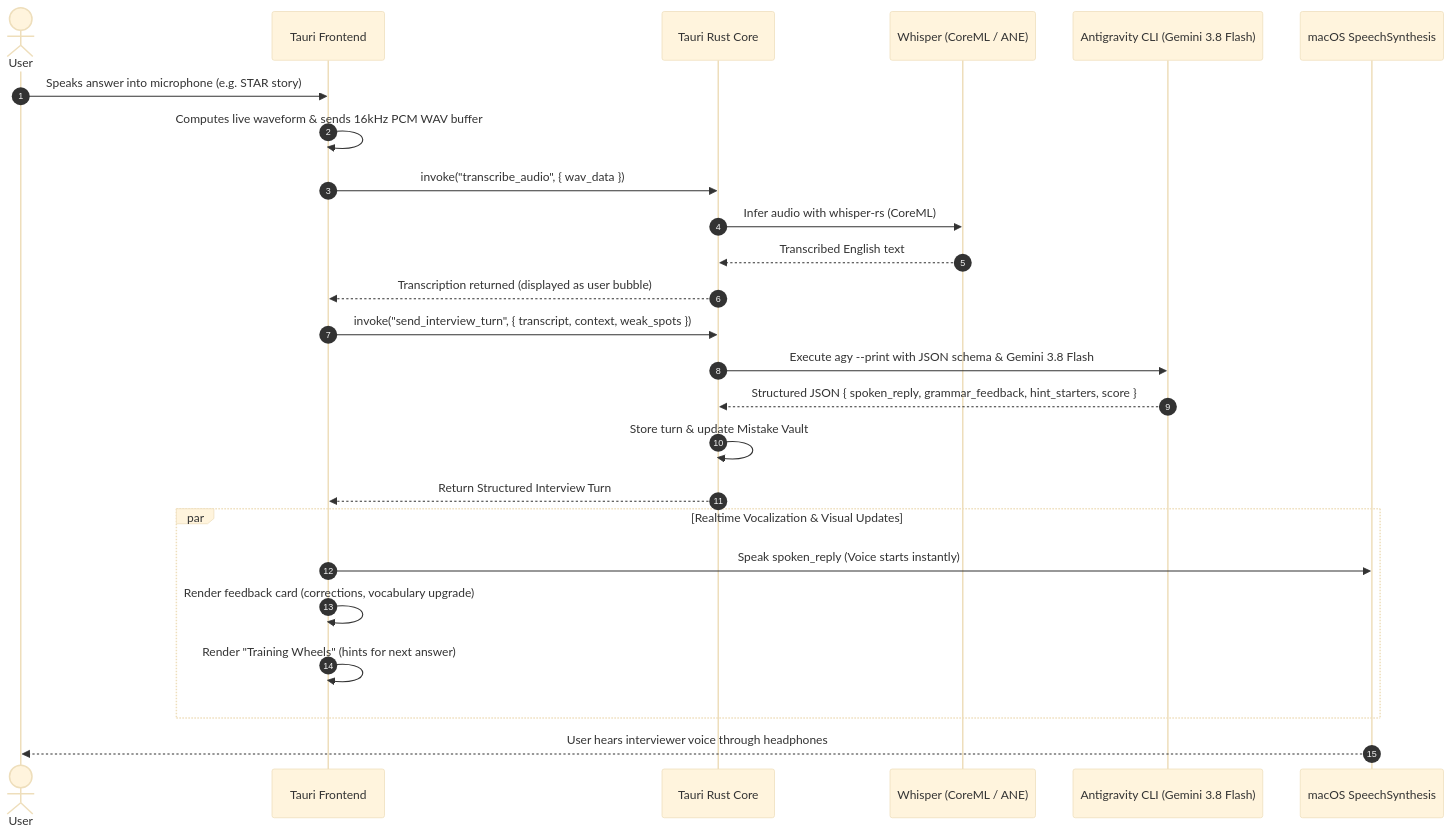
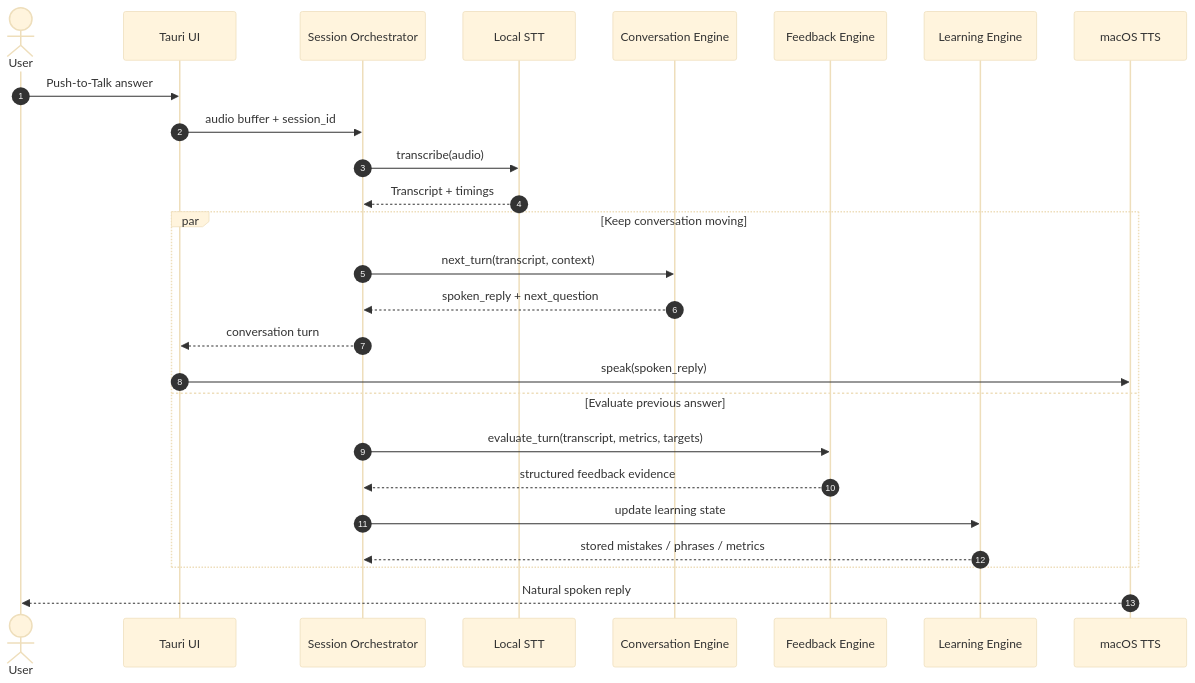
One commit to oleksii-latyshev/english-trainer changed the first of 3 diagrams in docs/ARCHITECTURE.md. Above: the diagram before and after it, drawn with Mermaid (base theme). The commit also changed other lines of this file and 4 other files, not shown here.

First line of the commit message:
docs: update development roadmap and technical requirements for English Trainer

````diff
--- a/docs/ARCHITECTURE.md
+++ b/docs/ARCHITECTURE.md
@@ -64,30 +275,31 @@
 ```mermaid
 sequenceDiagram
     autonumber
     actor User
-    participant UI as Tauri Frontend
-    participant Rust as Tauri Rust Core
-    participant ANE as Whisper (CoreML / ANE)
-    participant AGY as Antigravity CLI (Gemini 3.8 Flash)
-    participant TTS as macOS SpeechSynthesis
+    participant UI as Tauri UI
+    participant Rust as Session Orchestrator
+    participant STT as Local STT
+    participant Conv as Conversation Engine
+    participant Eval as Feedback Engine
+    participant Learn as Learning Engine
+    participant TTS as macOS TTS
 
-    User->>UI: Speaks answer into microphone (e.g. STAR story)
-    UI->>UI: Computes live waveform & sends 16kHz PCM WAV buffer
-    UI->>Rust: invoke("transcribe_audio", { wav_data })
-    Rust->>ANE: Infer audio with whisper-rs (CoreML)
-    ANE-->>Rust: Transcribed English text
-    Rust-->>UI: Transcription returned (displayed as user bubble)
+    User->>UI: Push-to-Talk answer
+    UI->>Rust: audio buffer + session_id
+    Rust->>STT: transcribe(audio)
+    STT-->>Rust: Transcript + timings
 
-    UI->>Rust: invoke("send_interview_turn", { transcript, context, weak_spots })
-    Rust->>AGY: Execute agy --print with JSON schema & Gemini 3.8 Flash
-    AGY-->>Rust: Structured JSON { spoken_reply, grammar_feedback, hint_starters, score }
-    Rust->>Rust: Store turn & update Mistake Vault
-    Rust-->>UI: Return Structured Interview Turn
+    par Keep conversation moving
+        Rust->>Conv: next_turn(transcript, context)
+        Conv-->>Rust: spoken_reply + next_question
+        Rust-->>UI: conversation turn
+        UI->>TTS: speak(spoken_reply)
+    and Evaluate previous answer
+        Rust->>Eval: evaluate_turn(transcript, metrics, targets)
+        Eval-->>Rust: structured feedback evidence
+        Rust->>Learn: update learning state
+        Learn-->>Rust: stored mistakes / phrases / metrics
+    end
 
-    par Realtime Vocalization & Visual Updates
-        UI->>TTS: Speak spoken_reply (Voice starts instantly)
-        UI->>UI: Render feedback card (corrections, vocabulary upgrade)
-        UI->>UI: Render "Training Wheels" (hints for next answer)
-    end
-    TTS-->>User: User hears interviewer voice through headphones
+    TTS-->>User: Natural spoken reply
 ```
````
